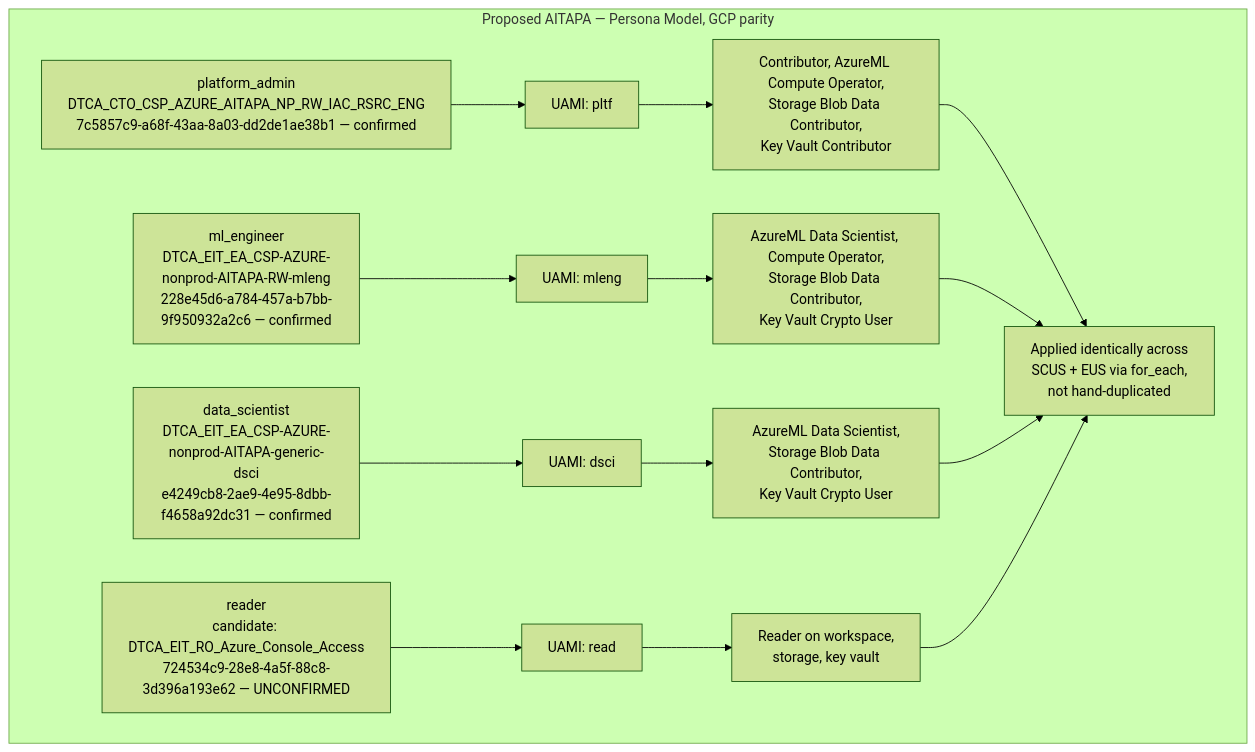
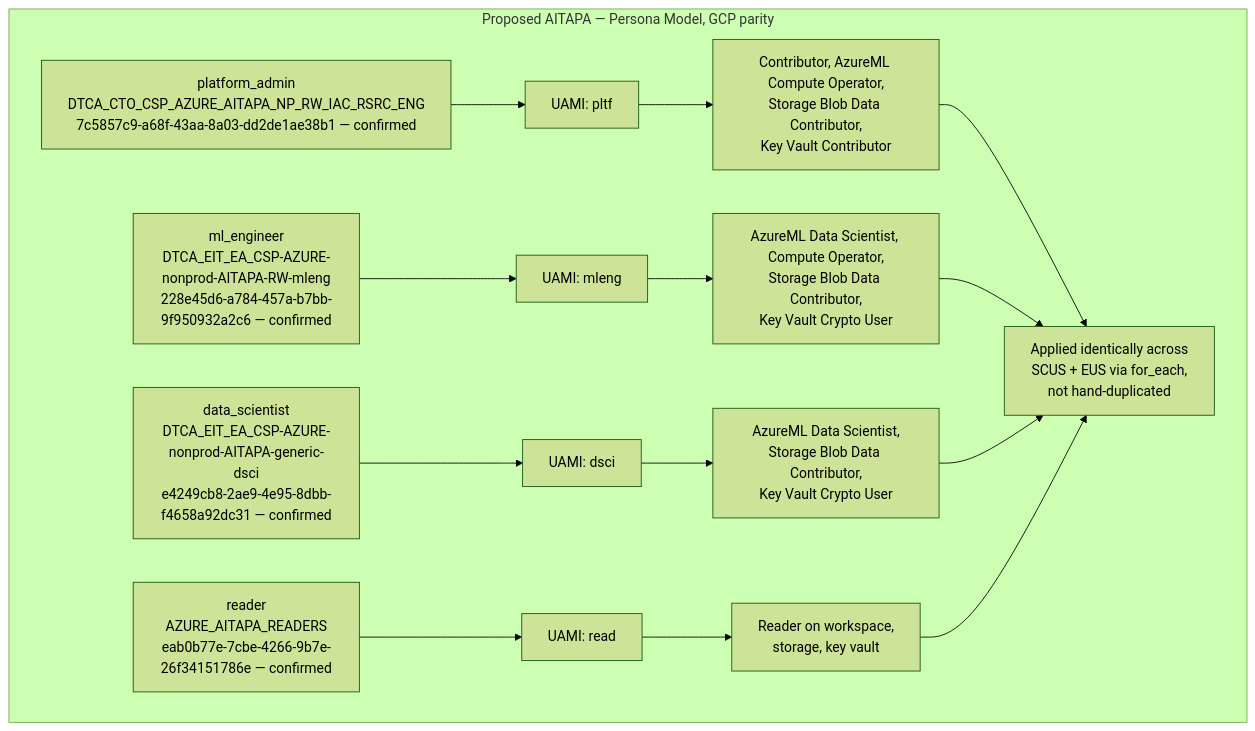
Before and after one commit to varsha613/agent_1: the fourth of 4 diagrams in output/aitapa-terraform-architecture-review-2026-08-07.md, drawn with Mermaid (forest theme). The commit also changed other lines of this file, not shown here.

Commit message:
Resolve reader GUID + old-principal disposition (step 1 done); add detailed step 2 locals.personas map with code

````diff
--- a/output/aitapa-terraform-architecture-review-2026-08-07.md
+++ b/output/aitapa-terraform-architecture-review-2026-08-07.md
@@ -169,17 +169,17 @@
 ```mermaid
 flowchart TB
   subgraph Target["Proposed AITAPA — Persona Model, GCP parity"]
     PA["platform_admin<br>DTCA_CTO_CSP_AZURE_AITAPA_NP_RW_IAC_RSRC_ENG<br>7c5857c9-a68f-43aa-8a03-dd2de1ae38b1 — confirmed"] --> UA["UAMI: pltf"]
     ME["ml_engineer<br>DTCA_EIT_EA_CSP-AZURE-nonprod-AITAPA-RW-mleng<br>228e45d6-a784-457a-b7bb-9f950932a2c6 — confirmed"] --> UM["UAMI: mleng"]
     DS["data_scientist<br>DTCA_EIT_EA_CSP-AZURE-nonprod-AITAPA-generic-dsci<br>e4249cb8-2ae9-4e95-8dbb-f4658a92dc31 — confirmed"] --> UD["UAMI: dsci"]
-    RD["reader<br>candidate: DTCA_EIT_RO_Azure_Console_Access<br>724534c9-28e8-4a5f-88c8-3d396a193e62 — UNCONFIRMED"] --> UR["UAMI: read"]
+    RD["reader<br>AZURE_AITAPA_READERS<br>eab0b77e-7cbe-4266-9b7e-26f34151786e — confirmed"] --> UR["UAMI: read"]
     UA --> RA["Contributor, AzureML Compute Operator,<br>Storage Blob Data Contributor,<br>Key Vault Contributor"]
     UM --> RM["AzureML Data Scientist, Compute Operator,<br>Storage Blob Data Contributor,<br>Key Vault Crypto User"]
     UD --> RD2["AzureML Data Scientist,<br>Storage Blob Data Contributor,<br>Key Vault Crypto User"]
     UR --> RR["Reader on workspace,<br>storage, key vault"]
     RA --> APPLY["Applied identically across<br>SCUS + EUS via for_each,<br>not hand-duplicated"]
     RM --> APPLY
     RD2 --> APPLY
     RR --> APPLY
   end
 ```
````
